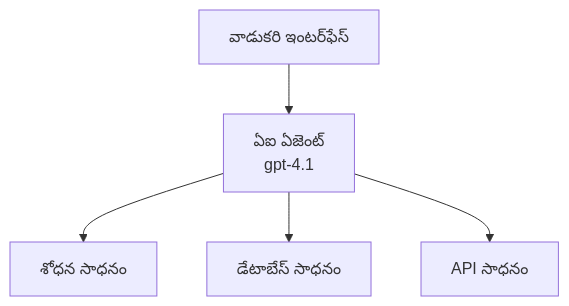
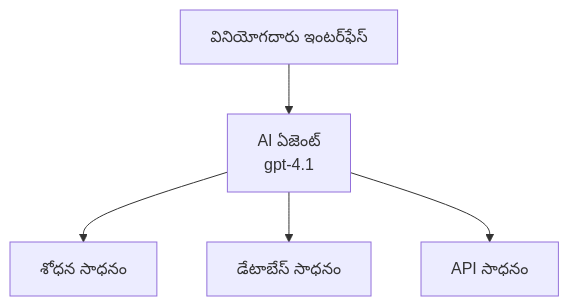
The first of 3 diagrams in translations/te/docs/chapter-02-ai-development/agents.md (microsoft/AZD-for-beginners), drawn with Mermaid before and after one commit. The commit also changed other lines of this file and 59 other files, not shown here.

````diff
--- a/translations/te/docs/chapter-02-ai-development/agents.md
+++ b/translations/te/docs/chapter-02-ai-development/agents.md
@@ -162,7 +162,7 @@
 ```mermaid
 graph TD
-    UI[వాడుకరి ఇంటర్‌ఫేస్] --> Agent[ఏఐ ఏజెంట్<br/>gpt-4.1]
+    UI[వినియోగదారు ఇంటర్‌ఫేస్] --> Agent[AI ఏజెంట్<br/>gpt-4.1]
     Agent --> Search[శోధన సాధనం]
     Agent --> Database[డేటాబేస్ సాధనం]
     Agent --> API[API సాధనం]
 ```
````
